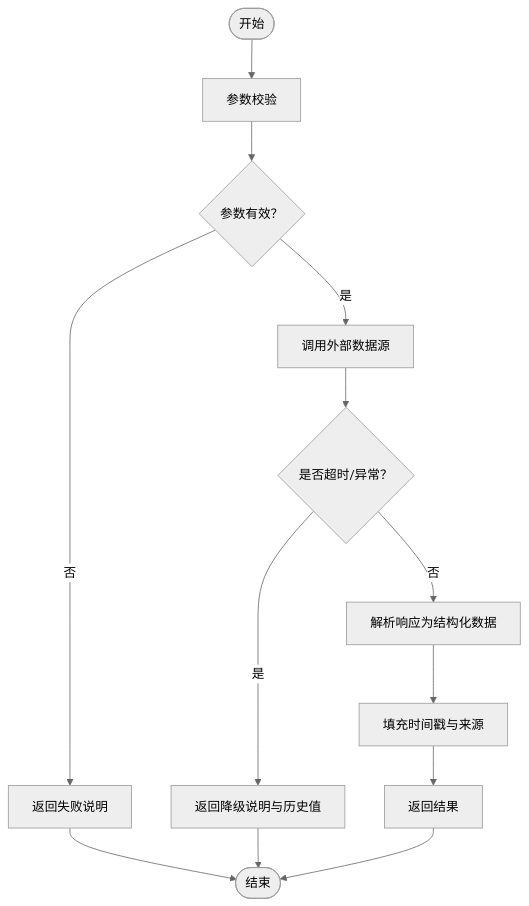
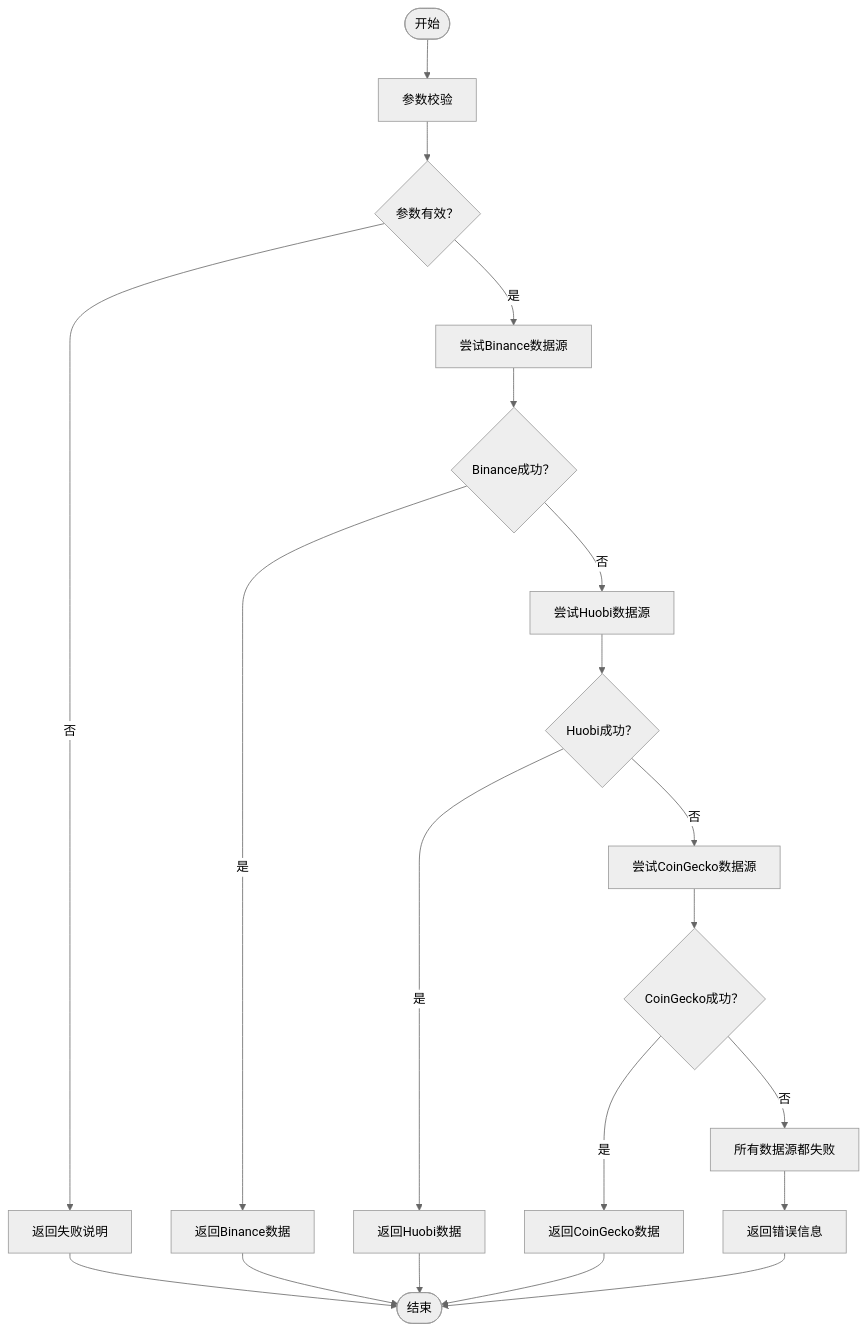
One commit to CryptoLinxu/Web3-AI-Agent changed the third of 4 diagrams in .qoder/repowiki/zh/content/Web3工具集成/核心Web3工具实现/ETH价格查询工具.md. Above: the diagram before and after it, drawn with Mermaid (neutral theme). The commit also changed other lines of this file and 6 other files, not shown here.

````diff
--- a/.qoder/repowiki/zh/content/Web3工具集成/核心Web3工具实现/ETH价格查询工具.md
+++ b/.qoder/repowiki/zh/content/Web3工具集成/核心Web3工具实现/ETH价格查询工具.md
@@ -134,15 +174,22 @@
 ```mermaid
 flowchart TD
 Start(["开始"]) --> Validate["参数校验"]
 Validate --> Valid{"参数有效？"}
 Valid --> |否| Fail["返回失败说明"]
-Valid --> |是| CallAPI["调用外部数据源"]
-CallAPI --> Timeout{"是否超时/异常？"}
-Timeout --> |是| Fallback["返回降级说明与历史值"]
-Timeout --> |否| Parse["解析响应为结构化数据"]
-Parse --> Timestamp["填充时间戳与来源"]
-Timestamp --> Return["返回结果"]
+Valid --> |是| TryBinance["尝试Binance数据源"]
+TryBinance --> BinSuccess{"Binance成功？"}
+BinSuccess --> |是| ReturnBin["返回Binance数据"]
+BinSuccess --> |否| TryHuobi["尝试Huobi数据源"]
+TryHuobi --> HuoSuccess{"Huobi成功？"}
+HuoSuccess --> |是| ReturnHuo["返回Huobi数据"]
+HuoSuccess --> |否| TryCoingecko["尝试CoinGecko数据源"]
+TryCoingecko --> CgeSuccess{"CoinGecko成功？"}
+CgeSuccess --> |是| ReturnCge["返回CoinGecko数据"]
+CgeSuccess --> |否| AllFailed["所有数据源都失败"]
+AllFailed --> ReturnError["返回错误信息"]
 Fail --> End(["结束"])
-Fallback --> End
-Return --> End
+ReturnBin --> End
+ReturnHuo --> End
+ReturnCge --> End
+ReturnError --> End
 ```
````
